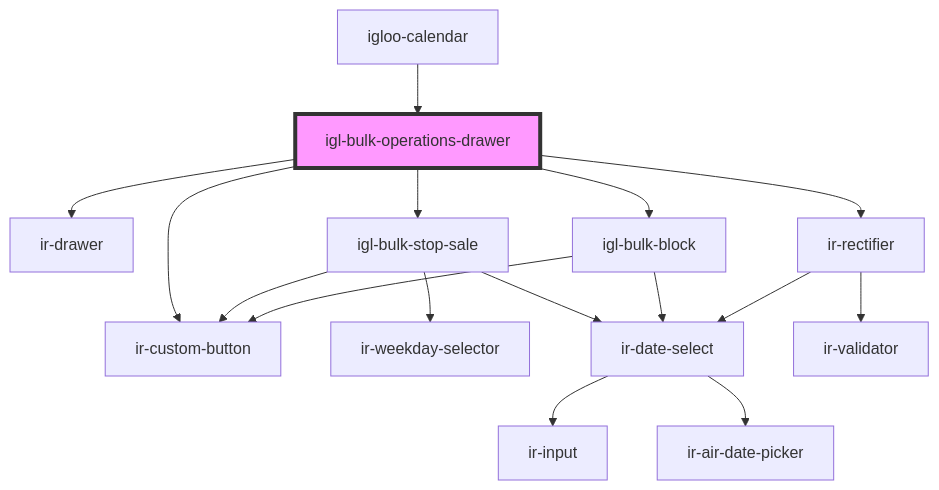
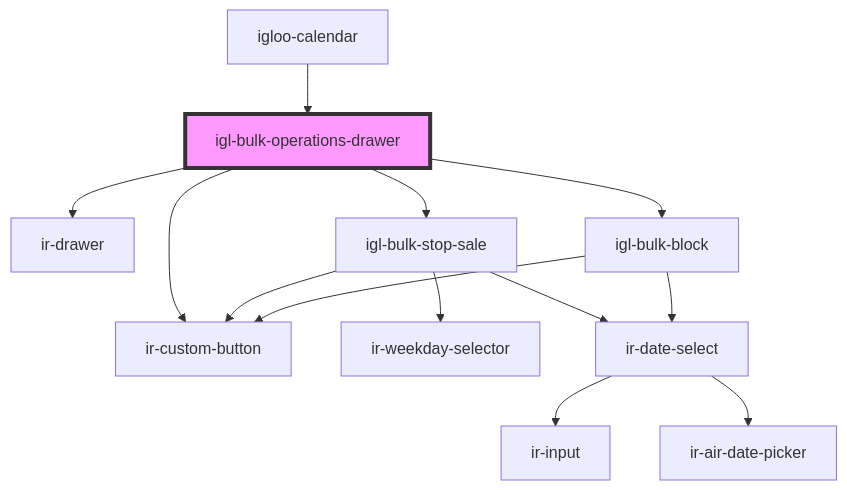
The diagram in src/components/igloo-calendar/igl-bulk-operations/igl-bulk-operations-drawer/readme.md (RonyRizk/ir-webcmp), drawn with Mermaid before and after one commit. The commit also changed other lines of this file and 19 other files, not shown here.

````diff
--- a/src/components/igloo-calendar/igl-bulk-operations/igl-bulk-operations-drawer/readme.md
+++ b/src/components/igloo-calendar/igl-bulk-operations/igl-bulk-operations-drawer/readme.md
@@ -40,19 +39,16 @@
 ```mermaid
 graph TD;
   igl-bulk-operations-drawer --> ir-drawer
   igl-bulk-operations-drawer --> igl-bulk-stop-sale
   igl-bulk-operations-drawer --> igl-bulk-block
-  igl-bulk-operations-drawer --> ir-rectifier
   igl-bulk-operations-drawer --> ir-custom-button
   igl-bulk-stop-sale --> ir-weekday-selector
   igl-bulk-stop-sale --> ir-custom-button
   igl-bulk-stop-sale --> ir-date-select
   ir-date-select --> ir-input
   ir-date-select --> ir-air-date-picker
   igl-bulk-block --> ir-custom-button
   igl-bulk-block --> ir-date-select
-  ir-rectifier --> ir-validator
-  ir-rectifier --> ir-date-select
   igloo-calendar --> igl-bulk-operations-drawer
   style igl-bulk-operations-drawer fill:#f9f,stroke:#333,stroke-width:4px
 ```
````
